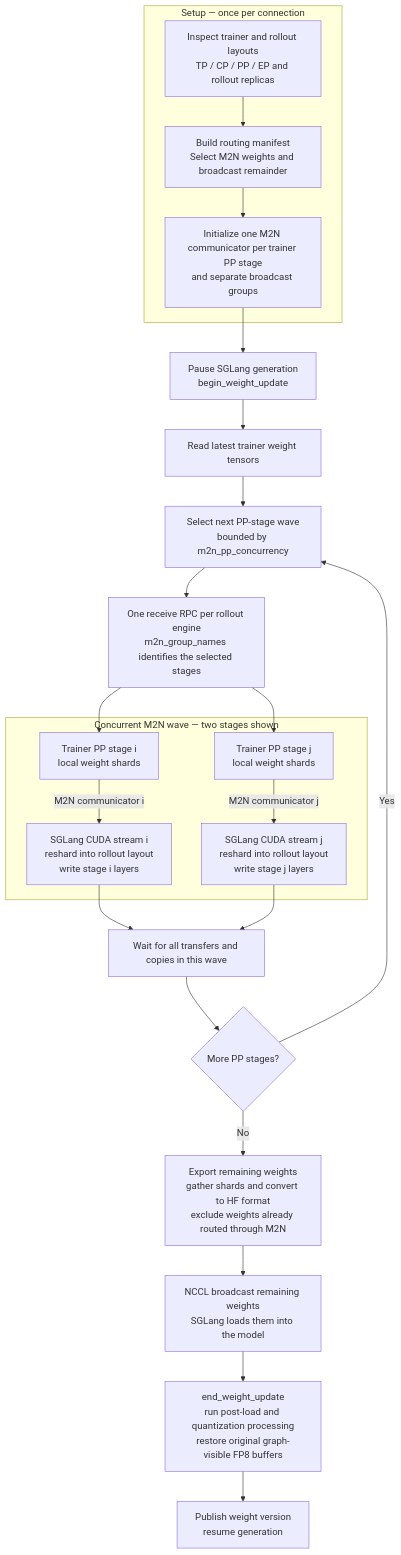
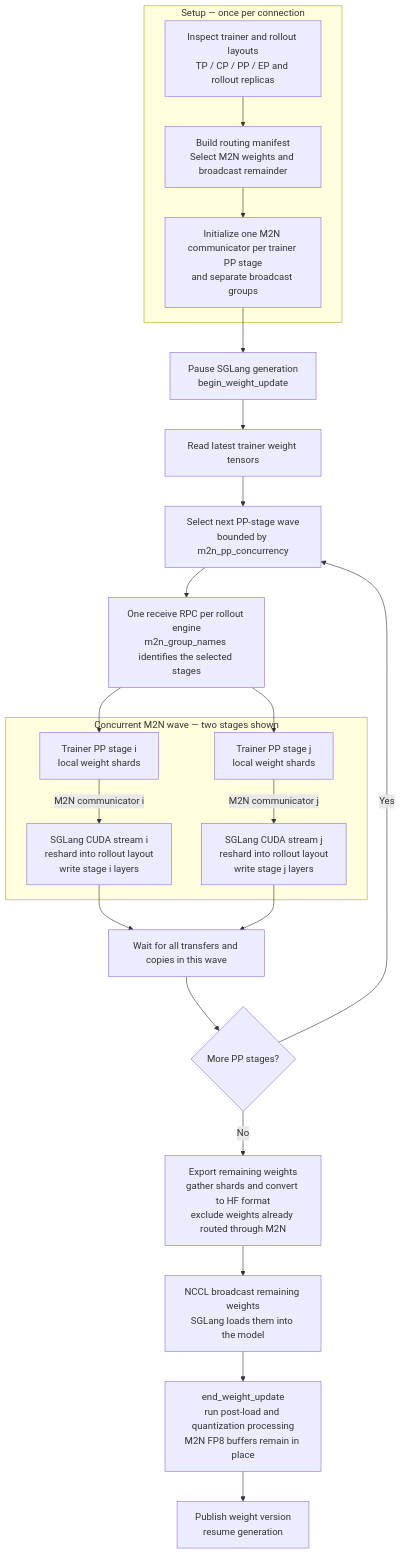
One commit to nvcastet/miles changed the diagram in docs/examples/nccl-m2n.md. Above: the diagram before and after it, drawn with Mermaid. The commit also changed other lines of this file and 4 other files, not shown here.

````diff
--- a/docs/examples/nccl-m2n.md
+++ b/docs/examples/nccl-m2n.md
@@ -18,35 +18,35 @@
 ```mermaid
 flowchart TD
     subgraph Setup["Setup — once per connection"]
         A["Inspect trainer and rollout layouts<br/>TP / CP / PP / EP and rollout replicas"]
         B["Build routing manifest<br/>Select M2N weights and broadcast remainder"]
         C["Initialize one M2N communicator per trainer PP stage<br/>and separate broadcast groups"]
         A --> B --> C
     end
 
     C --> D["Pause SGLang generation<br/>begin_weight_update"]
     D --> E["Read latest trainer weight tensors"]
     E --> F["Select next PP-stage wave<br/>bounded by m2n_pp_concurrency"]
     F --> G["One receive RPC per rollout engine<br/>m2n_group_names identifies the selected stages"]
 
     subgraph Wave["Concurrent M2N wave — two stages shown"]
         H["Trainer PP stage i<br/>local weight shards"]
         I["Trainer PP stage j<br/>local weight shards"]
         J["SGLang CUDA stream i<br/>reshard into rollout layout<br/>write stage i layers"]
         K["SGLang CUDA stream j<br/>reshard into rollout layout<br/>write stage j layers"]
         H -->|"M2N communicator i"| J
         I -->|"M2N communicator j"| K
     end
 
     G --> H
     G --> I
     J --> L["Wait for all transfers and copies in this wave"]
     K --> L
     L --> M{"More PP stages?"}
     M -->|Yes| F
 
     M -->|No| N["Export remaining weights<br/>gather shards and convert to HF format<br/>exclude weights already routed through M2N"]
     N --> O["NCCL broadcast remaining weights<br/>SGLang loads them into the model"]
-    O --> P["end_weight_update<br/>run post-load and quantization processing<br/>restore original graph-visible FP8 buffers"]
+    O --> P["end_weight_update<br/>run post-load and quantization processing<br/>M2N FP8 buffers remain in place"]
     P --> Q["Publish weight version<br/>resume generation"]
 ```
````
